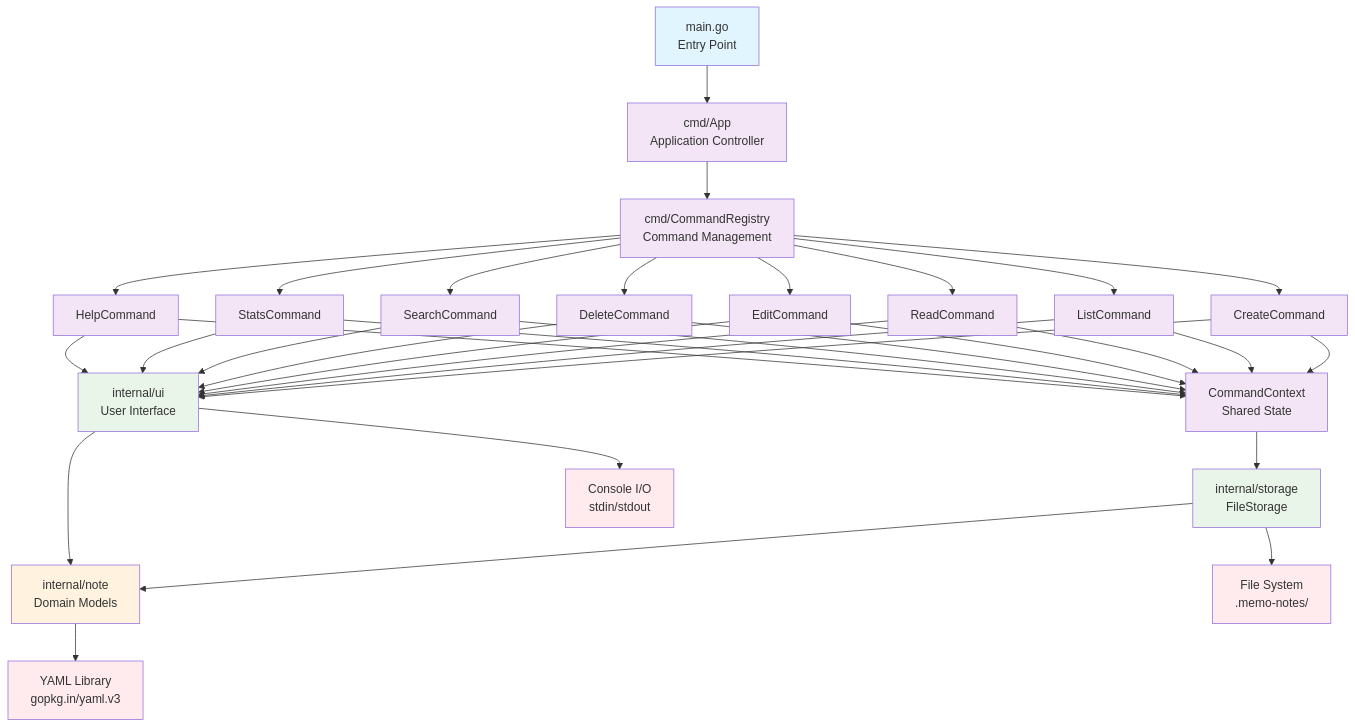
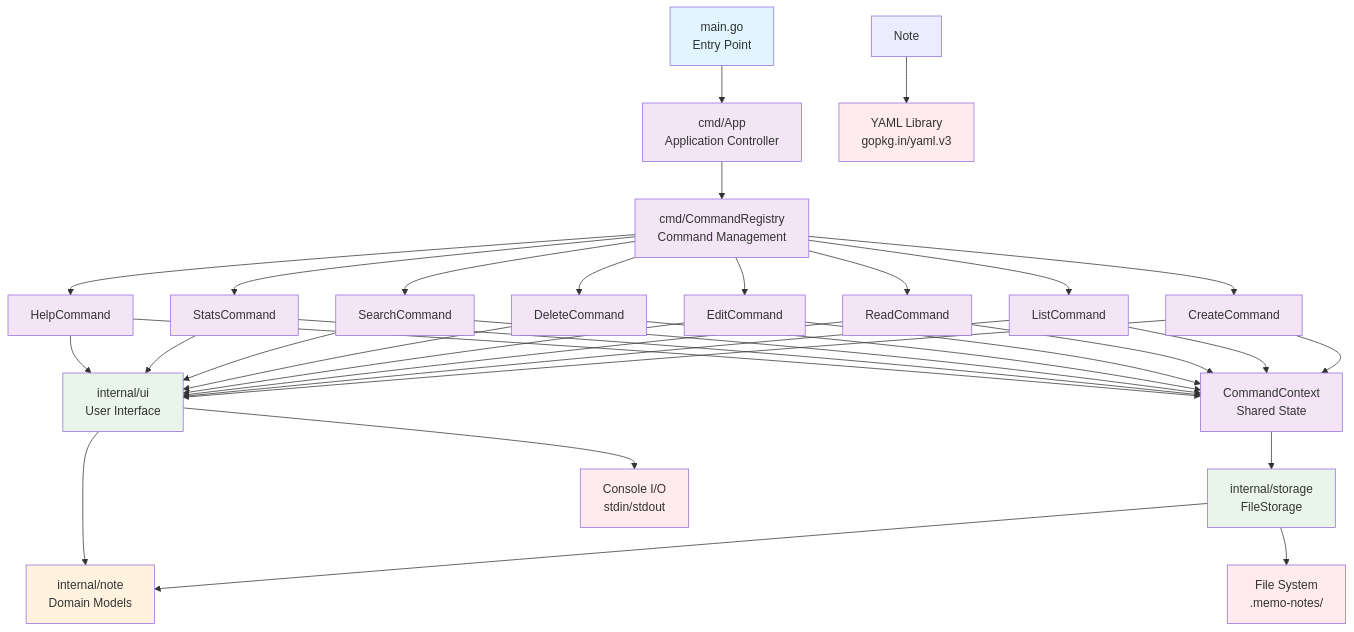
One commit to kristofer/memo changed the first of 6 diagrams in ARCHITECTURE.md. Above: the diagram before and after it, drawn with Mermaid. The commit also changed other lines of this file, not shown here.

````diff
--- a/ARCHITECTURE.md
+++ b/ARCHITECTURE.md
@@ -7,59 +7,59 @@
 ```mermaid
 graph TB
     %% Entry Point
     Main[main.go<br/>Entry Point] --> App[cmd/App<br/>Application Controller]
     
     %% Command Layer
     App --> CR[cmd/CommandRegistry<br/>Command Management]
     CR --> CC[CreateCommand]
     CR --> LC[ListCommand]  
     CR --> RC[ReadCommand]
     CR --> EC[EditCommand]
     CR --> DC[DeleteCommand]
     CR --> SC[SearchCommand]
     CR --> STC[StatsCommand]
     CR --> HC[HelpCommand]
     
     %% Command Context
     CC --> CTX[CommandContext<br/>Shared State]
     LC --> CTX
     RC --> CTX
     EC --> CTX
     DC --> CTX
     SC --> CTX
     STC --> CTX
     HC --> CTX
     
     %% Internal Layers
     CTX --> Storage[internal/storage<br/>FileStorage]
     CC --> UI[internal/ui<br/>User Interface]
     LC --> UI
     RC --> UI
     EC --> UI
     DC --> UI
     SC --> UI
     STC --> UI
     HC --> UI
     
     %% Domain Layer
-    Storage --> Note[internal/note<br/>Domain Models]
-    UI --> Note
+    Storage --> NotePackage[internal/note<br/>Domain Models]
+    UI --> NotePackage
     
     %% External Dependencies
     Storage --> FS[File System<br/>.memo-notes/]
     UI --> Console[Console I/O<br/>stdin/stdout]
     Note --> YAML[YAML Library<br/>gopkg.in/yaml.v3]
     
     %% Styling
     classDef entryPoint fill:#e1f5fe
     classDef cmdLayer fill:#f3e5f5
     classDef internal fill:#e8f5e8
     classDef domain fill:#fff3e0
     classDef external fill:#ffebee
     
     class Main entryPoint
     class App,CR,CC,LC,RC,EC,DC,SC,STC,HC,CTX cmdLayer
     class Storage,UI internal
-    class Note domain
+    class NotePackage domain
     class FS,Console,YAML external
 ```
````
